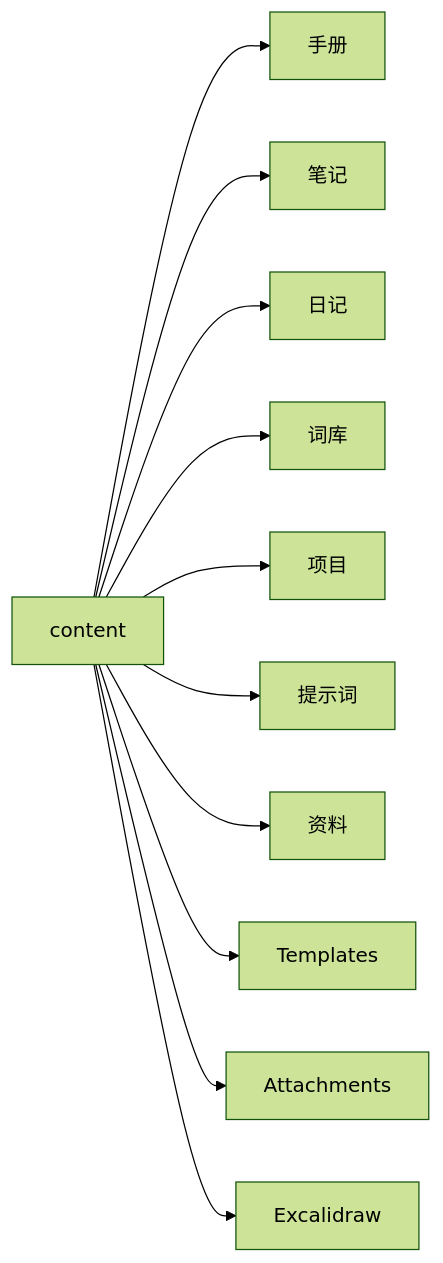
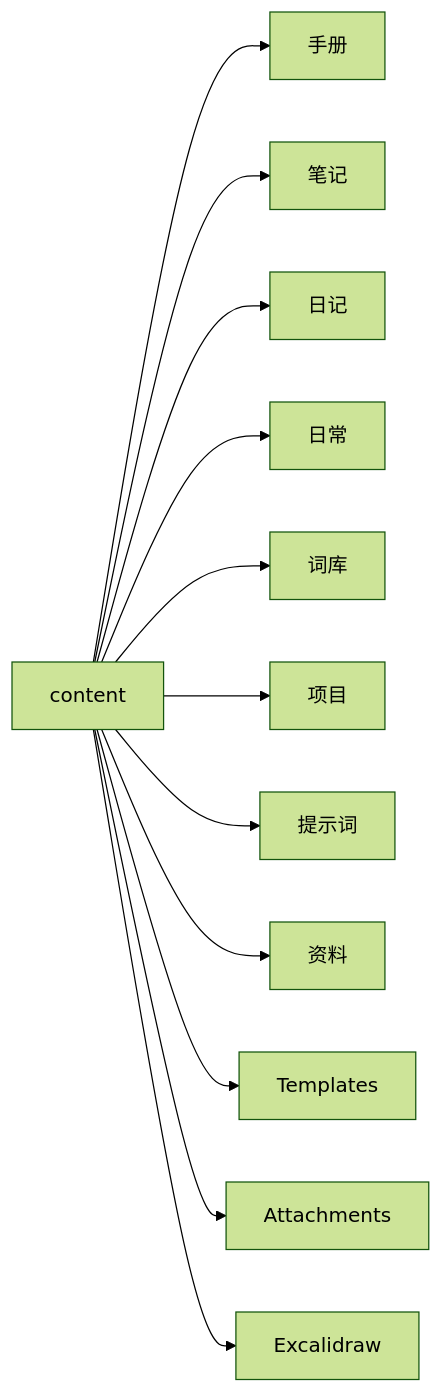
Before and after one commit to dasiwocom/wiki: the diagram in content/手册/知识库手册.md, drawn with Mermaid (forest theme). The commit also changed other lines of this file and 2 other files, not shown here.

````diff
--- a/content/手册/知识库手册.md
+++ b/content/手册/知识库手册.md
@@ -75,13 +76,14 @@
 ```mermaid
 graph LR
     A[content] --> B[手册]
     A --> C[笔记]
     A --> D[日记]
+    A --> L[日常]
     A --> E[词库]
     A --> F[项目]
     A --> G[提示词]
     A --> H[资料]
     A --> I[Templates]
     A --> J[Attachments]
     A --> K[Excalidraw]
 ```
````
